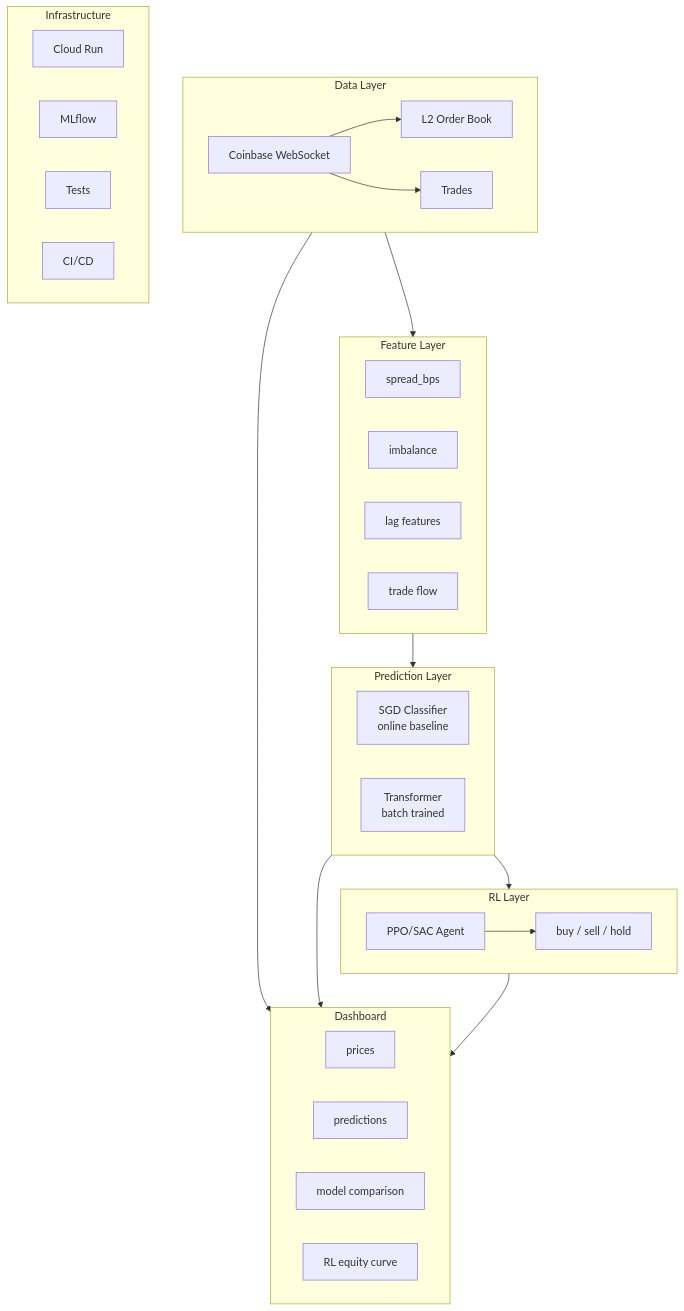
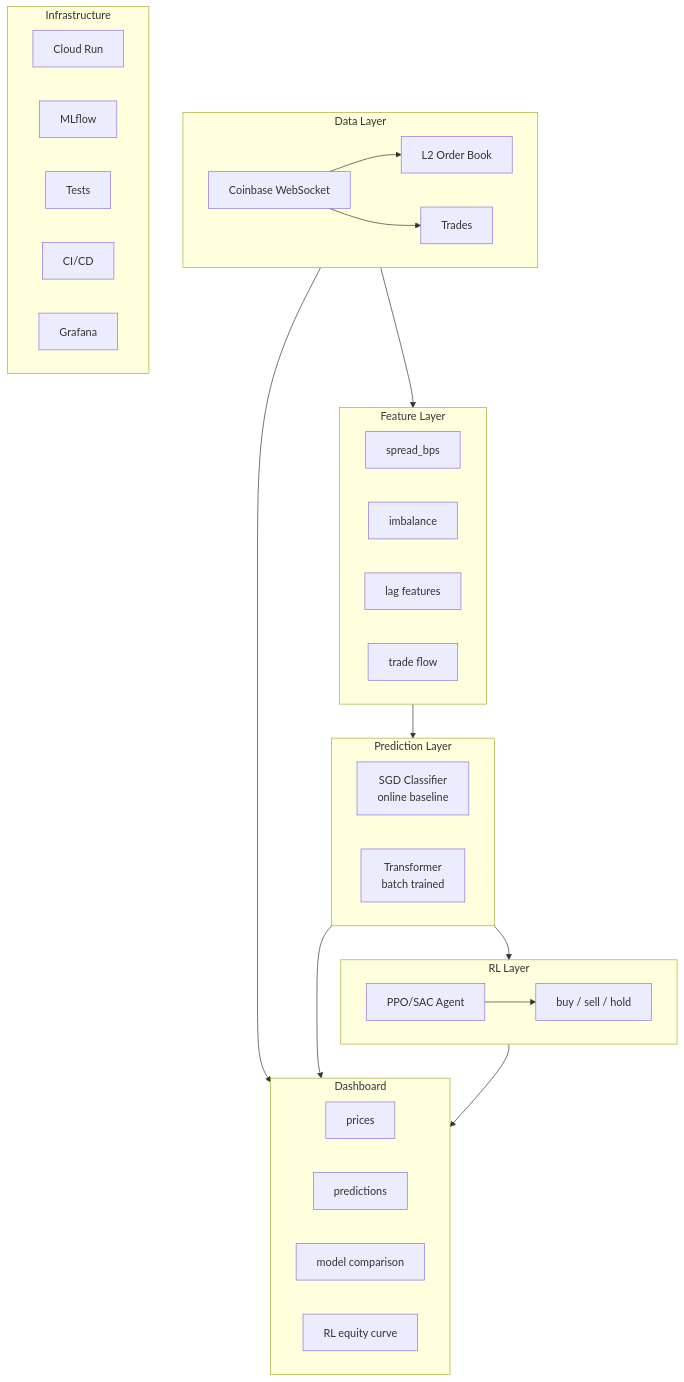
One commit to elinsky/market-microstructure-ml changed the diagram in docs/prd.md. Above: the diagram before and after it, drawn with Mermaid. The commit also changed other lines of this file and 1 other file, not shown here.

````diff
--- a/docs/prd.md
+++ b/docs/prd.md
@@ -133,50 +143,51 @@
 ```mermaid
 flowchart TB
     subgraph Data["Data Layer"]
         WS[Coinbase WebSocket]
         L2[L2 Order Book]
         Trades[Trades]
         WS --> L2
         WS --> Trades
     end
 
     subgraph Features["Feature Layer"]
         Spread[spread_bps]
         Imbalance[imbalance]
         Lag[lag features]
         TradeFlow[trade flow]
     end
 
     subgraph Predictions["Prediction Layer"]
         SGD[SGD Classifier<br/>online baseline]
         Transformer[Transformer<br/>batch trained]
     end
 
     subgraph RL["RL Layer"]
         Agent[PPO/SAC Agent]
         Actions[buy / sell / hold]
         Agent --> Actions
     end
 
     subgraph Dashboard["Dashboard"]
         Prices[prices]
         Preds[predictions]
         Compare[model comparison]
         Equity[RL equity curve]
     end
 
     subgraph Infra["Infrastructure"]
         CloudRun[Cloud Run]
         MLflow[MLflow]
         Tests[Tests]
         CICD[CI/CD]
+        Grafana[Grafana]
     end
 
     Data --> Features
     Features --> Predictions
     Predictions --> RL
 
     Data --> Dashboard
     Predictions --> Dashboard
     RL --> Dashboard
 ```
````
